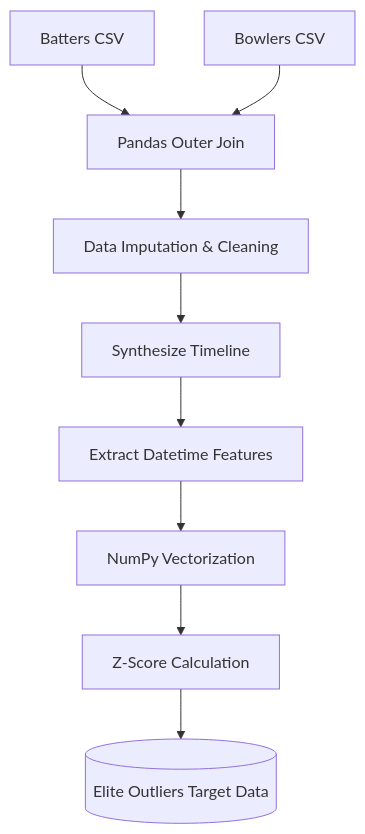
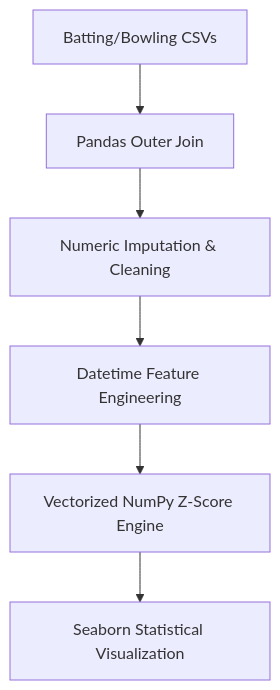
The diagram in README.md (Purabid01/IPL-Cricket-Data-Analyzer), drawn with Mermaid before and after one commit. The commit also changed other lines of this file and 1 other file, not shown here.

Commit message:
- Added Seaborn distribution and outlier charts
- Documented vectorized Z-score methodology

````diff
--- a/README.md
+++ b/README.md
@@ -9,11 +9,8 @@
 ```mermaid
 graph TD;
-    A[Batters CSV] --> C[Pandas Outer Join];
-    B[Bowlers CSV] --> C;
-    C --> D[Data Imputation & Cleaning];
-    D --> E[Synthesize Timeline];
-    E --> F[Extract Datetime Features];
-    F --> G[NumPy Vectorization];
-    G --> H[Z-Score Calculation];
-    H --> I[(Elite Outliers Target Data)];
+    A[Batting/Bowling CSVs] --> B[Pandas Outer Join];
+    B --> C[Numeric Imputation & Cleaning];
+    C --> D[Datetime Feature Engineering];
+    D --> E[Vectorized NumPy Z-Score Engine];
+    E --> F[Seaborn Statistical Visualization];
 ```
````
